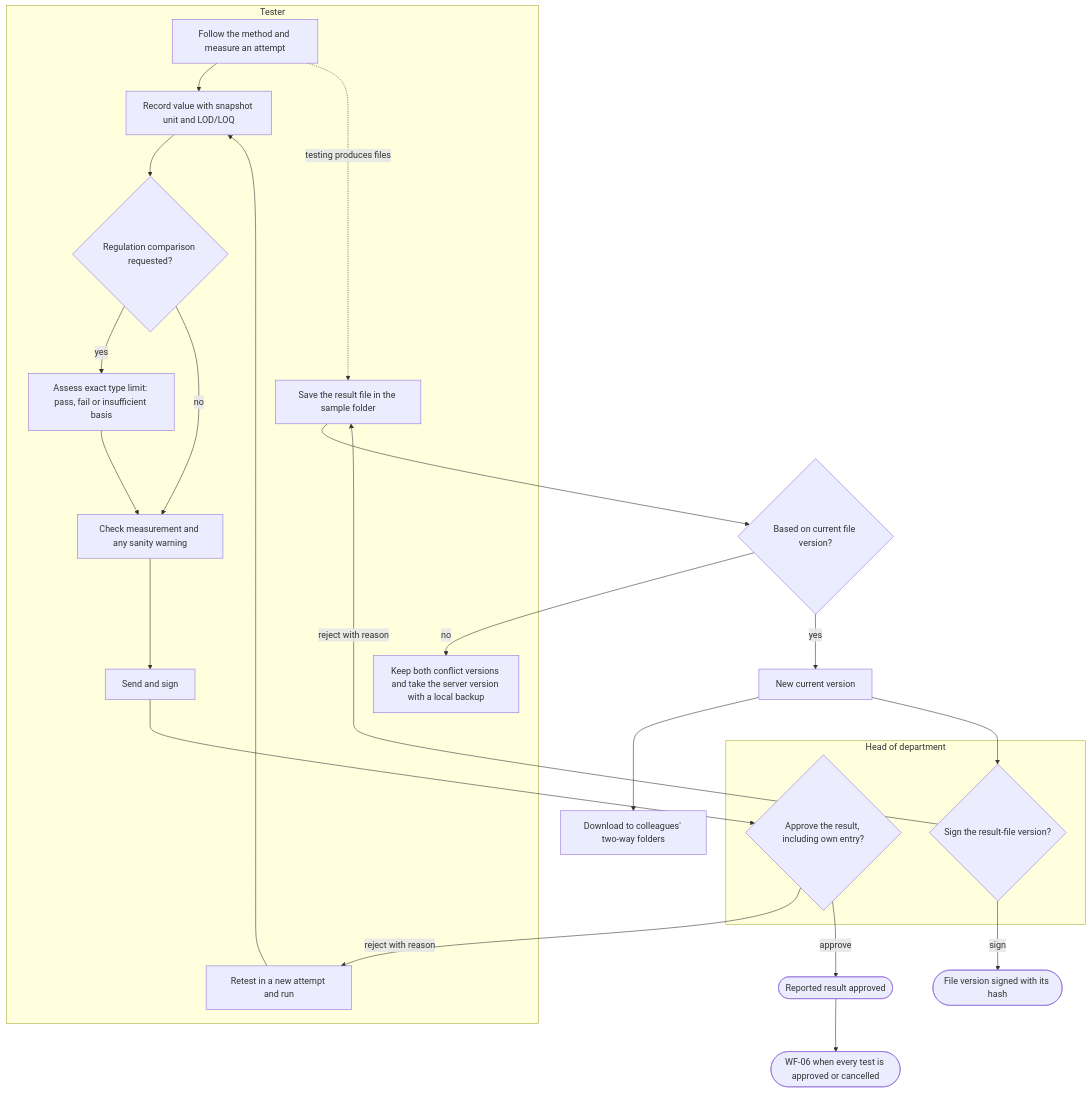
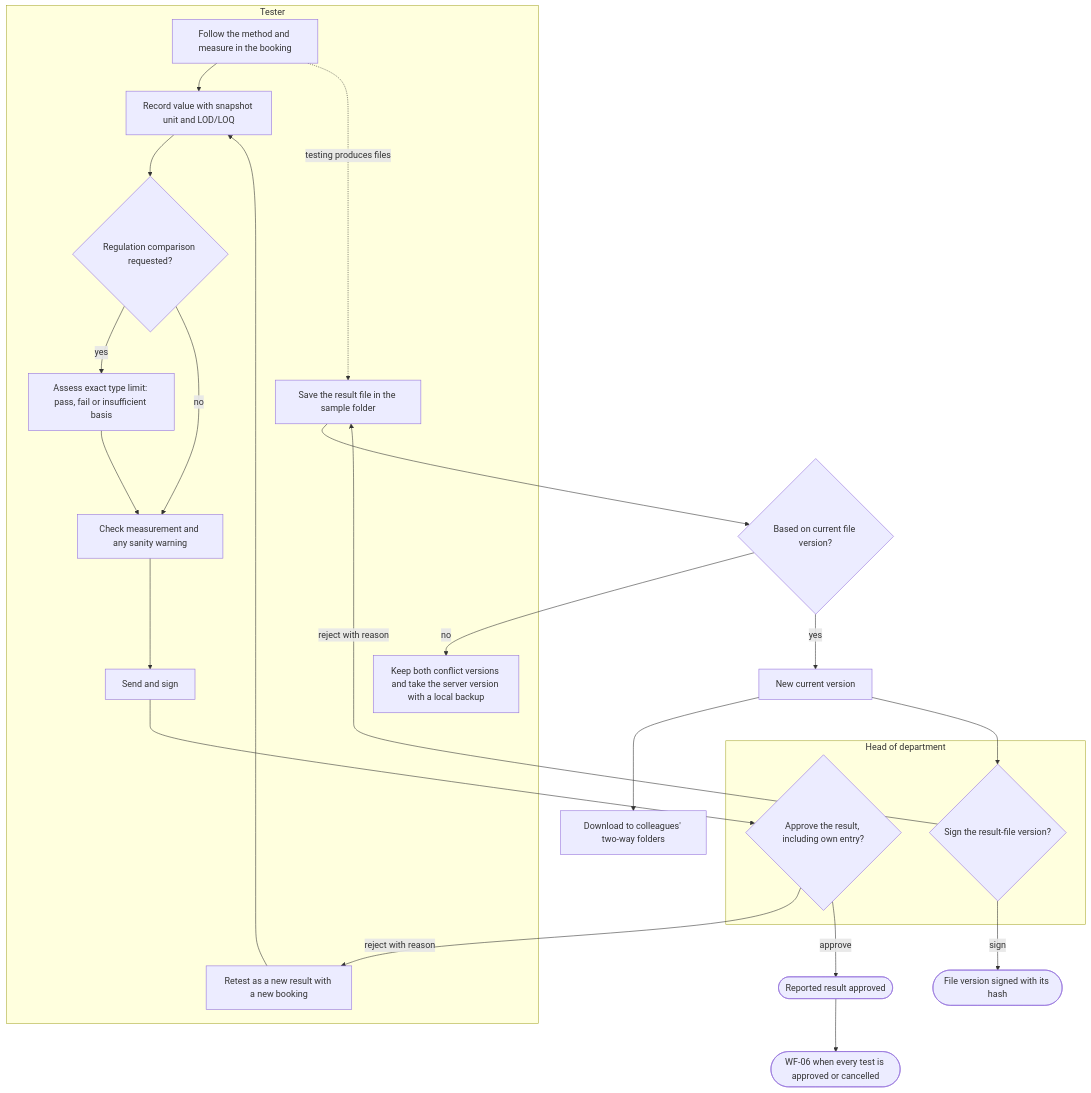
One commit to SoltuneMontepre/medilab changed the fourth of 17 diagrams in docs/functional/business-flows.md. Above: the diagram before and after it, drawn with Mermaid. The commit also changed other lines of this file and 27 other files, not shown here.

````diff
--- a/docs/functional/business-flows.md
+++ b/docs/functional/business-flows.md
@@ -196,28 +189,28 @@
 ```mermaid
 flowchart TD
     subgraph lane10 ["Tester"]
-        t1[Follow the method and measure an attempt] --> t2[Record value with snapshot unit and LOD/LOQ]
+        t1[Follow the method and measure in the booking] --> t2[Record value with snapshot unit and LOD/LOQ]
         t2 --> q{Regulation comparison requested?}
         q -->|yes| t3[Assess exact type limit: pass, fail or insufficient basis]
         q -->|no| t4[Check measurement and any sanity warning]
         t3 --> t4 --> t5[Send and sign]
-        t6[Retest in a new attempt and run]
+        t6[Retest as a new result with a new booking]
         f1[Save the result file in the sample folder]
         f2[Keep both conflict versions and take the server version with a local backup]
     end
     subgraph lane11 ["Head of department"]
         h1{Approve the result, including own entry?}
         h2{Sign the result-file version?}
     end
     t1 -.->|testing produces files| f1 --> current{Based on current file version?}
     current -->|yes| version[New current version]
     current -->|no| f2
     version --> others[Download to colleagues' two-way folders]
     version --> h2
     h2 -->|reject with reason| f1
     h2 -->|sign| signedfile([File version signed with its hash])
     t5 --> h1
     h1 -->|reject with reason| t6 --> t2
     h1 -->|approve| done([Reported result approved])
     done --> wf06([WF-06 when every test is approved or cancelled])
 ```
````
